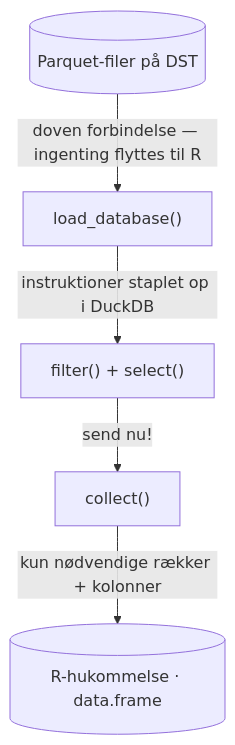
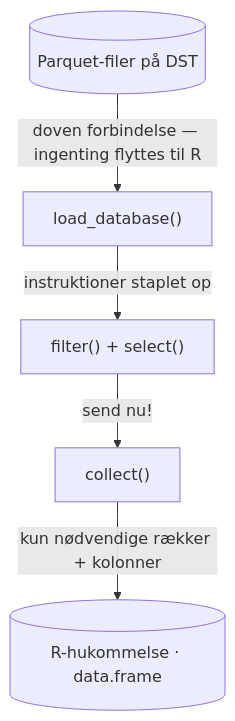
The diagram in docs/da/05_parquet-arrow-duckdb.qmd (saras-clin/BSDemens), drawn with Mermaid before and after one commit. The commit also changed other lines of this file, not shown here.

````diff
--- a/docs/da/05_parquet-arrow-duckdb.qmd
+++ b/docs/da/05_parquet-arrow-duckdb.qmd
@@ -101,13 +127,13 @@
 ```{mermaid}
 flowchart TD
     P[("Parquet-filer på DST")]
     L["load_database()"]
     F["filter() + select()"]
     C["collect()"]
     R[("R-hukommelse · data.frame")]
 
     P -->|"doven forbindelse — ingenting flyttes til R"| L
-    L -->|"instruktioner staplet op i DuckDB"| F
+    L -->|"instruktioner staplet op"| F
     F -->|"send nu!"| C
     C -->|"kun nødvendige rækker + kolonner"| R
 ```
````
